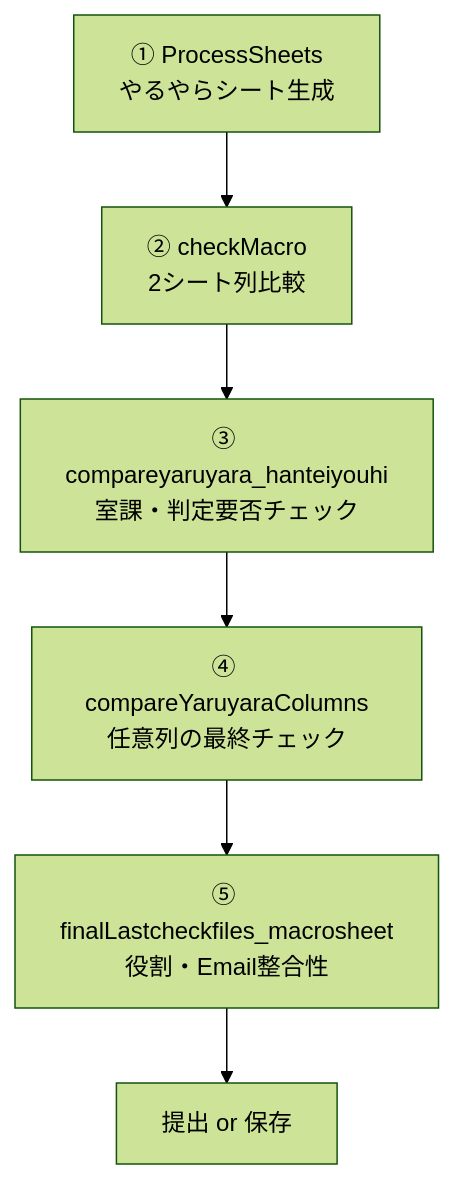
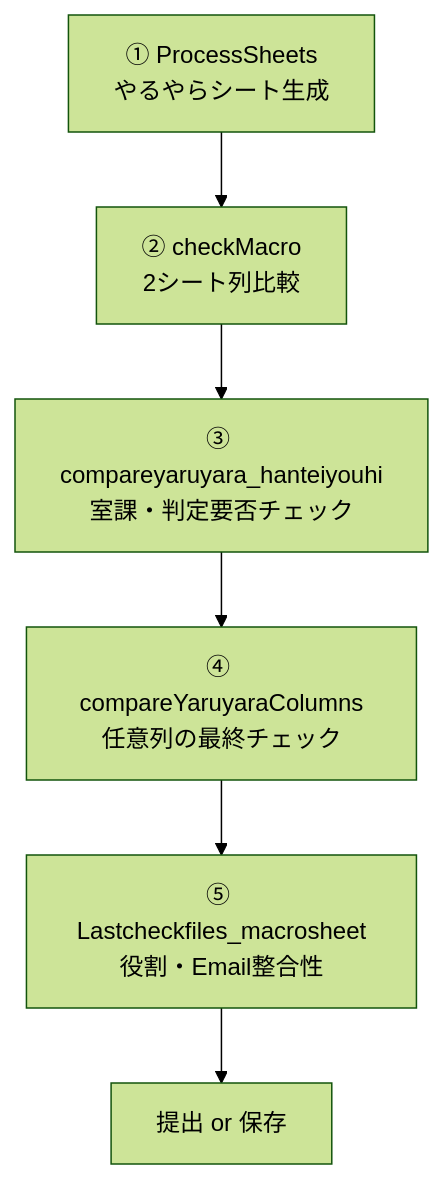
The diagram in README.md (flopsy212/excel-check-automation), drawn with Mermaid (forest theme) before and after one commit. The commit also changed other lines of this file, not shown here.

````diff
--- a/README.md
+++ b/README.md
@@ -29,8 +29,8 @@
 ```mermaid
 flowchart TD
     A[① ProcessSheets<br>やるやらシート生成] --> B[② checkMacro<br>2シート列比較]
     B --> C[③ compareyaruyara_hanteiyouhi<br>室課・判定要否チェック]
     C --> D[④ compareYaruyaraColumns<br>任意列の最終チェック]
-    D --> E[⑤ finalLastcheckfiles_macrosheet<br>役割・Email整合性]
+    D --> E[⑤ Lastcheckfiles_macrosheet<br>役割・Email整合性]
     E --> F[提出 or 保存]
 ```
````
